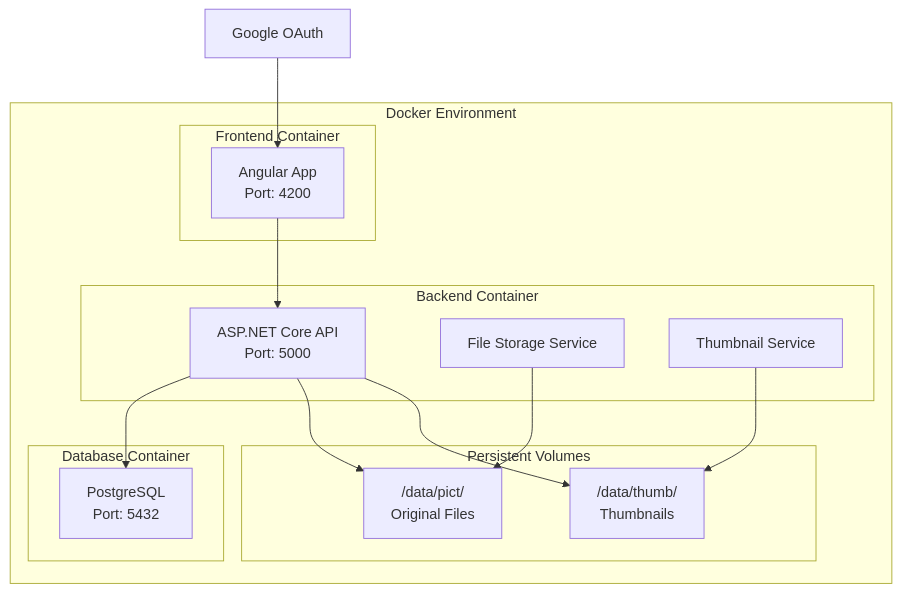
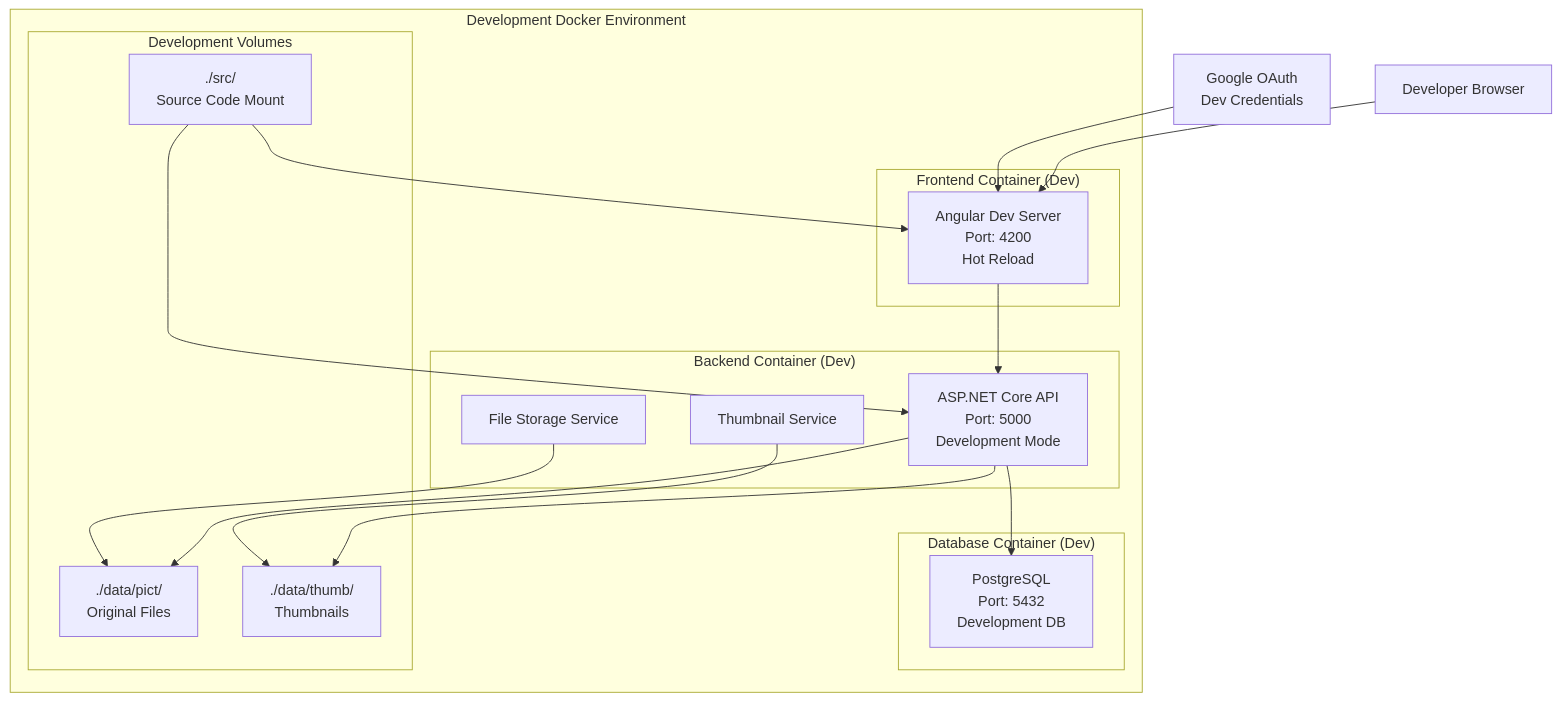
Before and after one commit to NoriyukiYagi/kiro-album-app: the first of 2 diagrams in .kiro/specs/album-app/design.md, drawn with Mermaid. The commit also changed other lines of this file, not shown here.

Commit message:
開発環境のシステム構成図と本番環境のシステム構成図を分けて描いて

````diff
--- a/.kiro/specs/album-app/design.md
+++ b/.kiro/specs/album-app/design.md
@@ -11,31 +13,35 @@
 ```mermaid
 graph TB
-    subgraph "Docker Environment"
-        subgraph "Frontend Container"
-            A[Angular App<br/>Port: 4200]
+    subgraph "Development Docker Environment"
+        subgraph "Frontend Container (Dev)"
+            A[Angular Dev Server<br/>Port: 4200<br/>Hot Reload]
         end
         
-        subgraph "Backend Container"
-            B[ASP.NET Core API<br/>Port: 5000]
+        subgraph "Backend Container (Dev)"
+            B[ASP.NET Core API<br/>Port: 5000<br/>Development Mode]
             C[File Storage Service]
             D[Thumbnail Service]
         end
         
-        subgraph "Database Container"
-            E[PostgreSQL<br/>Port: 5432]
+        subgraph "Database Container (Dev)"
+            E[PostgreSQL<br/>Port: 5432<br/>Development DB]
         end
         
-        subgraph "Persistent Volumes"
-            F["/data/pict/<br/>Original Files"]
-            G["/data/thumb/<br/>Thumbnails"]
+        subgraph "Development Volumes"
+            F[./data/pict/<br/>Original Files]
+            G[./data/thumb/<br/>Thumbnails]
+            H[./src/<br/>Source Code Mount]
         end
     end
     
-    H[Google OAuth] --> A
+    I[Developer Browser] --> A
+    J[Google OAuth<br/>Dev Credentials] --> A
     A --> B
     B --> E
     B --> F
     B --> G
     C --> F
     D --> G
+    H --> A
+    H --> B
 ```
````
